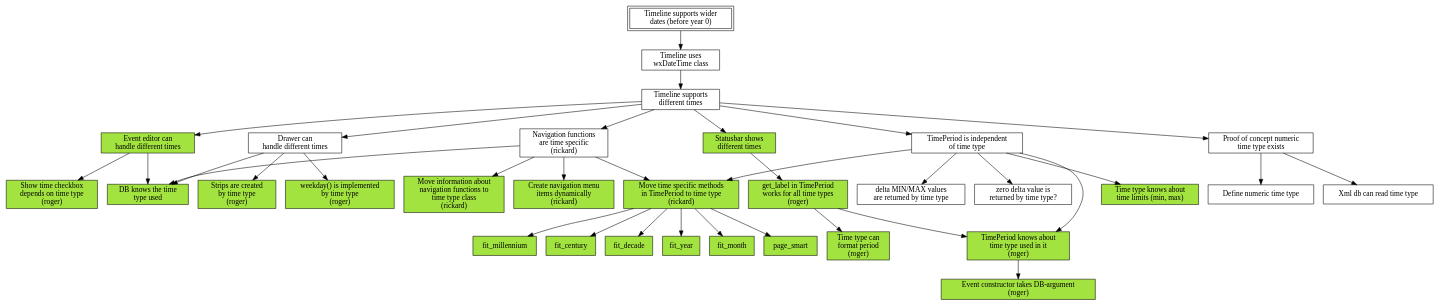
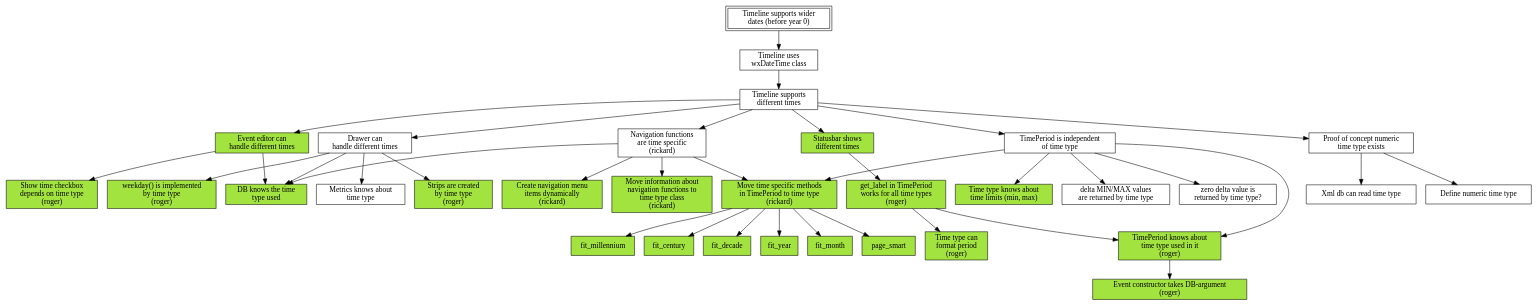
The diagram in mikado.dot (shutaozhenzhen/thetimelineproj), drawn with Graphviz before and after one commit.

```diff
--- a/mikado.dot
+++ b/mikado.dot
@@ -1,110 +1,114 @@
 digraph mikado
 {
     node [shape=box];
 
     wider_dates [label="Timeline supports wider\ndates (before year 0)"];
     wider_dates [peripheries=2];
         wider_dates -> switch_to_wx_time;
 
     switch_to_wx_time [label="Timeline uses\nwxDateTime class"];
         switch_to_wx_time -> different_time;
 
     different_time [label="Timeline supports\ndifferent times "];
         different_time -> event_editor;
         different_time -> drawer;
         different_time -> navigation;
         different_time -> status_bar;
         different_time -> time_period_independent;
         different_time -> numeric_time_type;
 
     numeric_time_type [label="Proof of concept numeric\ntime type exists"];
         numeric_time_type -> define_numeric_time_type;
         numeric_time_type -> db_reads_time_type;
 
     time_period_independent [label="TimePeriod is independent\nof time type"];
         time_period_independent -> time_period_knows_type;
         time_period_independent -> time_period;
         time_period_independent -> time_limits_in_time_type;
         time_period_independent -> min_max_zoom_delta_in_time_type;
         time_period_independent -> zero_delta_created_by_time_type;
 
     event_editor [label="Event editor can\nhandle different times"];
     event_editor [style=filled,fillcolor="#A2E33F"];
         event_editor -> show_time;
         event_editor -> db_has_type_info;
 
     drawer [label="Drawer can\nhandle different times"];
         drawer -> db_has_type_info;
         drawer -> strips_in_time_type;
 	drawer -> weekday_in_time_type;
+	drawer -> metrics_knows_about_time_type;
 	
     navigation [label="Navigation functions\nare time specific\n(rickard)"];
         navigation -> db_has_type_info;
         navigation -> move_nav_to_time_type;
         navigation -> create_menu_items_dynamically;
         navigation -> time_period;
 
     time_period [label="Move time specific methods\nin TimePeriod to time type\n(rickard)"];
     time_period [style=filled,fillcolor="#A2E33F"];
         time_period -> fit_millennium;
         time_period -> fit_century;
         time_period -> fit_decade;
         time_period -> fit_year;
         time_period -> fit_month;
         time_period -> page_smart;
 
     status_bar [label="Statusbar shows\ndifferent times"];
     status_bar [style=filled,fillcolor="#A2E33F"];
         status_bar -> get_label;
         get_label -> time_period_knows_type;
 
     get_label [label="get_label in TimePeriod\nworks for all time types\n(roger)"];
     get_label [style=filled,fillcolor="#A2E33F"];
         get_label -> type_format;
 
     time_period_knows_type [label="TimePeriod knows about\ntime type used in it\n(roger)"];
     time_period_knows_type [style=filled,fillcolor="#A2E33F"];
 	time_period_knows_type -> event_constructor;
 
     // Leaves
 
     define_numeric_time_type [label="Define numeric time type"];
 
     db_reads_time_type [label="Xml db can read time type"];
 
     show_time [label="Show time checkbox\ndepends on time type\n(roger)"];
     show_time [style=filled,fillcolor="#A2E33F"];
 
     db_has_type_info [label="DB knows the time\ntype used"];
     db_has_type_info [style=filled,fillcolor="#A2E33F"];
 
     move_nav_to_time_type [label="Move information about\nnavigation functions to\ntime type class\n(rickard)"];
     move_nav_to_time_type [style=filled,fillcolor="#A2E33F"];
 
     create_menu_items_dynamically [label="Create navigation menu\nitems dynamically\n(rickard)"];
     create_menu_items_dynamically [style=filled,fillcolor="#A2E33F"];
 
     type_format [label="Time type can\nformat period\n(roger)"];
     type_format [style=filled,fillcolor="#A2E33F"];
     
     event_constructor [label="Event constructor takes DB-argument\n(roger)"];
     event_constructor [style=filled,fillcolor="#A2E33F"];
 
     strips_in_time_type [label="Strips are created\nby time type\n(roger)"];
     strips_in_time_type [style=filled,fillcolor="#A2E33F"];
 
     time_limits_in_time_type [label="Time type knows about\ntime limits (min, max)"];
     time_limits_in_time_type [style=filled,fillcolor="#A2E33F"];
     
     weekday_in_time_type [label="weekday() is implemented\nby time type\n(roger)"]
     weekday_in_time_type [style=filled,fillcolor="#A2E33F"];
     fit_millennium [style=filled,fillcolor="#A2E33F"];
     fit_century [style=filled,fillcolor="#A2E33F"];
     fit_decade [style=filled,fillcolor="#A2E33F"];
     fit_year [style=filled,fillcolor="#A2E33F"];
     fit_month [style=filled,fillcolor="#A2E33F"];
     page_smart [style=filled,fillcolor="#A2E33F"];
 
     min_max_zoom_delta_in_time_type [label="delta MIN/MAX values\nare returned by time type"];
+    
     zero_delta_created_by_time_type [label="zero delta value is\nreturned by time type?"];
+    
+    metrics_knows_about_time_type [label="Metrics knows about\n time type"];
 }
```
